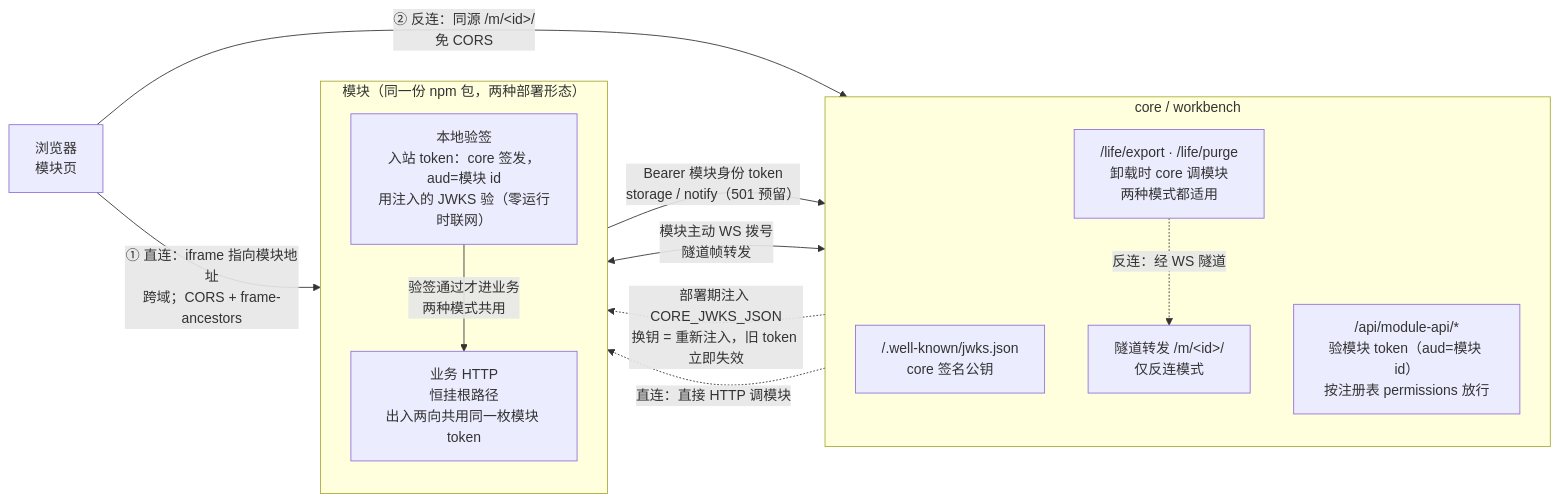
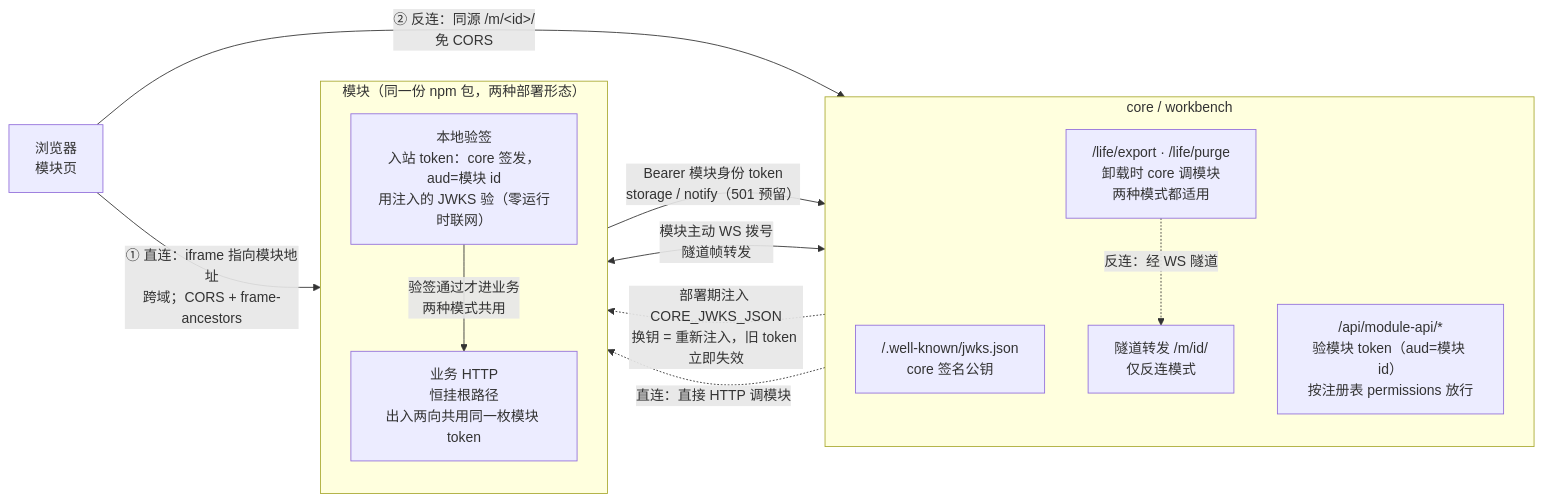
Before and after one commit to UN-Self/unself: the second of 2 diagrams in docs/modules.md, drawn with Mermaid. The commit also changed other lines of this file and 1 other file, not shown here.

````diff
--- a/docs/modules.md
+++ b/docs/modules.md
@@ -192,32 +189,32 @@
 ```mermaid
 flowchart LR
   B["浏览器<br/>模块页"]
 
   subgraph CORE["core / workbench"]
     direction TB
     K["/.well-known/jwks.json<br/>core 签名公钥"]
     A["/api/module-api/*<br/>验模块 token（aud=模块 id）<br/>按注册表 permissions 放行"]
-    T["隧道转发 /m/&lt;id&gt;/<br/>仅反连模式"]
+    T["隧道转发 /m/id/<br/>仅反连模式"]
     L["/life/export · /life/purge<br/>卸载时 core 调模块<br/>两种模式都适用"]
   end
 
   subgraph MOD["模块（同一份 npm 包，两种部署形态）"]
     direction TB
     V["本地验签<br/>入站 token：core 签发，aud=模块 id<br/>用注入的 JWKS 验（零运行时联网）"]
     H["业务 HTTP<br/>恒挂根路径<br/>出入两向共用同一枚模块 token"]
   end
 
   %% 主路径：上直连，下反连
   B -->|"① 直连：iframe 指向模块地址<br/>跨域；CORS + frame-ancestors"| H
   B -->|"② 反连：同源 /m/&lt;id&gt;/<br/>免 CORS"| T
   T <-->|"模块主动 WS 拨号<br/>隧道帧转发"| H
 
   %% 鉴权：左进右出
   K -.->|"部署期注入 CORE_JWKS_JSON<br/>换钥 = 重新注入，旧 token 立即失效"| V
   V -->|"验签通过才进业务<br/>两种模式共用"| H
   H -->|"Bearer 模块身份 token<br/>storage / notify（501 预留）"| A
 
   %% 生命周期：两种投递方式
   L -.->|"直连：直接 HTTP 调模块"| H
   L -.->|"反连：经 WS 隧道"| T
 ```
````
